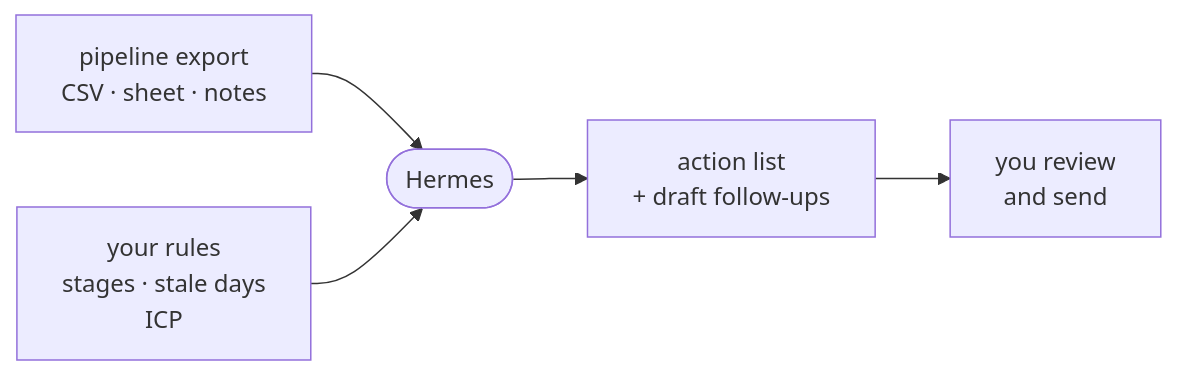
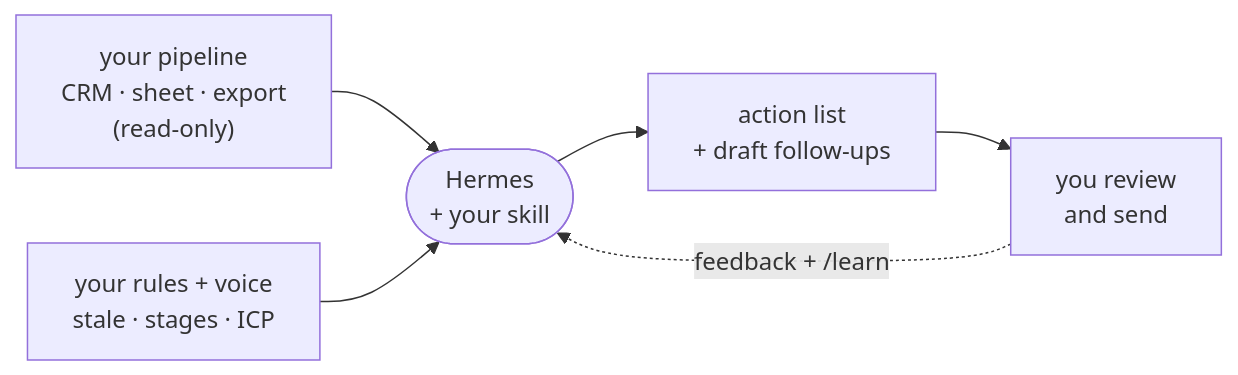
Before and after one commit to chrishart0/hermes-workshop: the diagram in docs/use-cases/sales-pipeline-followup.md, drawn with Mermaid. The commit also changed other lines of this file and 1 other file, not shown here.

First line of the commit message:
Make Sales Pipeline Follow-up a guided setup

````diff
--- a/docs/use-cases/sales-pipeline-followup.md
+++ b/docs/use-cases/sales-pipeline-followup.md
@@ -27,7 +28,8 @@
 ```mermaid
 flowchart LR
-    P["pipeline export<br/>CSV · sheet · notes"] --> A(["Hermes"])
-    R["your rules<br/>stages · stale days<br/>ICP"] --> A
+    P["your pipeline<br/>CRM · sheet · export<br/>(read-only)"] --> A(["Hermes<br/>+ your skill"])
+    R["your rules + voice<br/>stale · stages · ICP"] --> A
     A --> L["action list<br/>+ draft follow-ups"]
     L --> Y["you review<br/>and send"]
+    Y -. "feedback + /learn" .-> A
 ```
````
